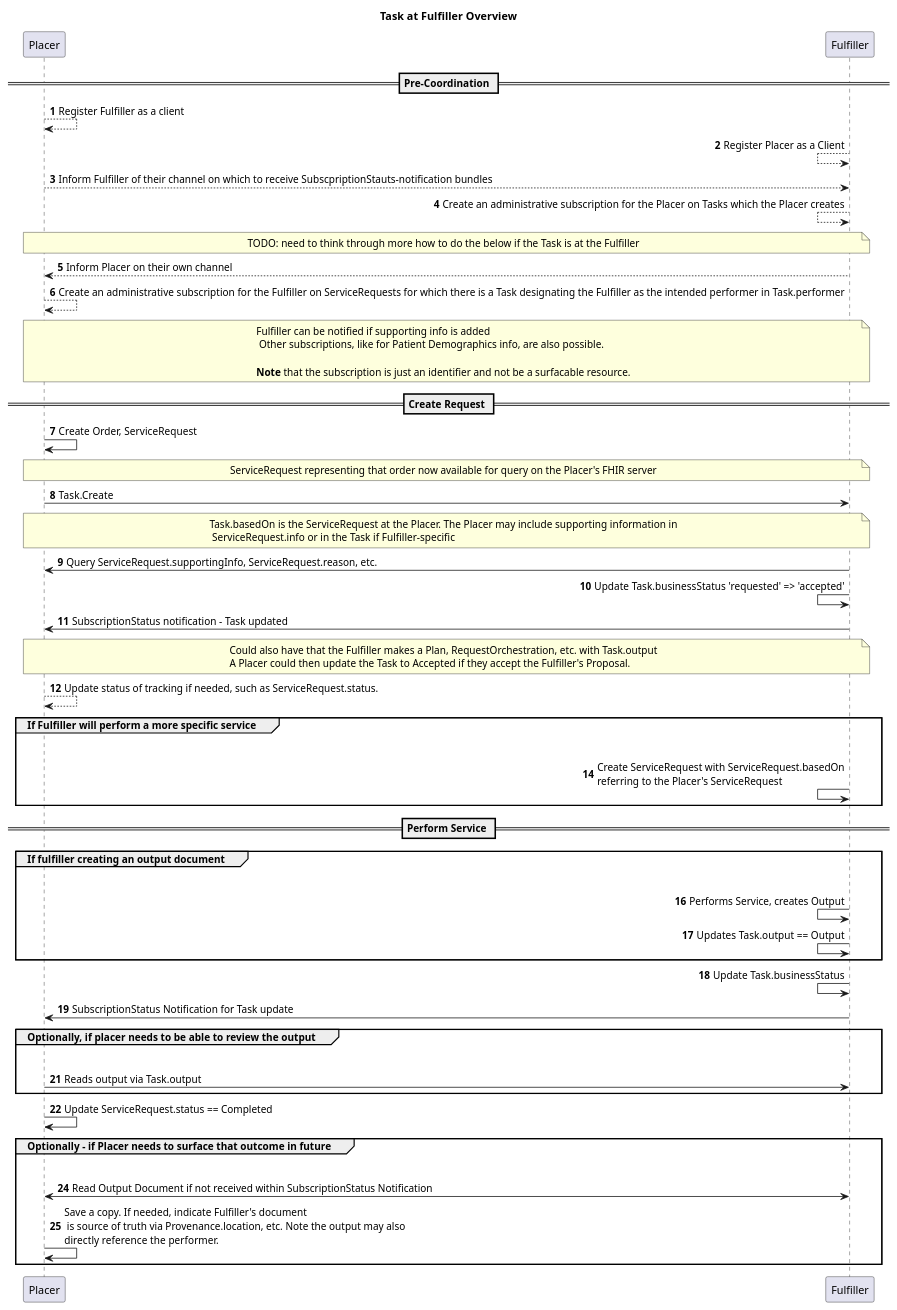
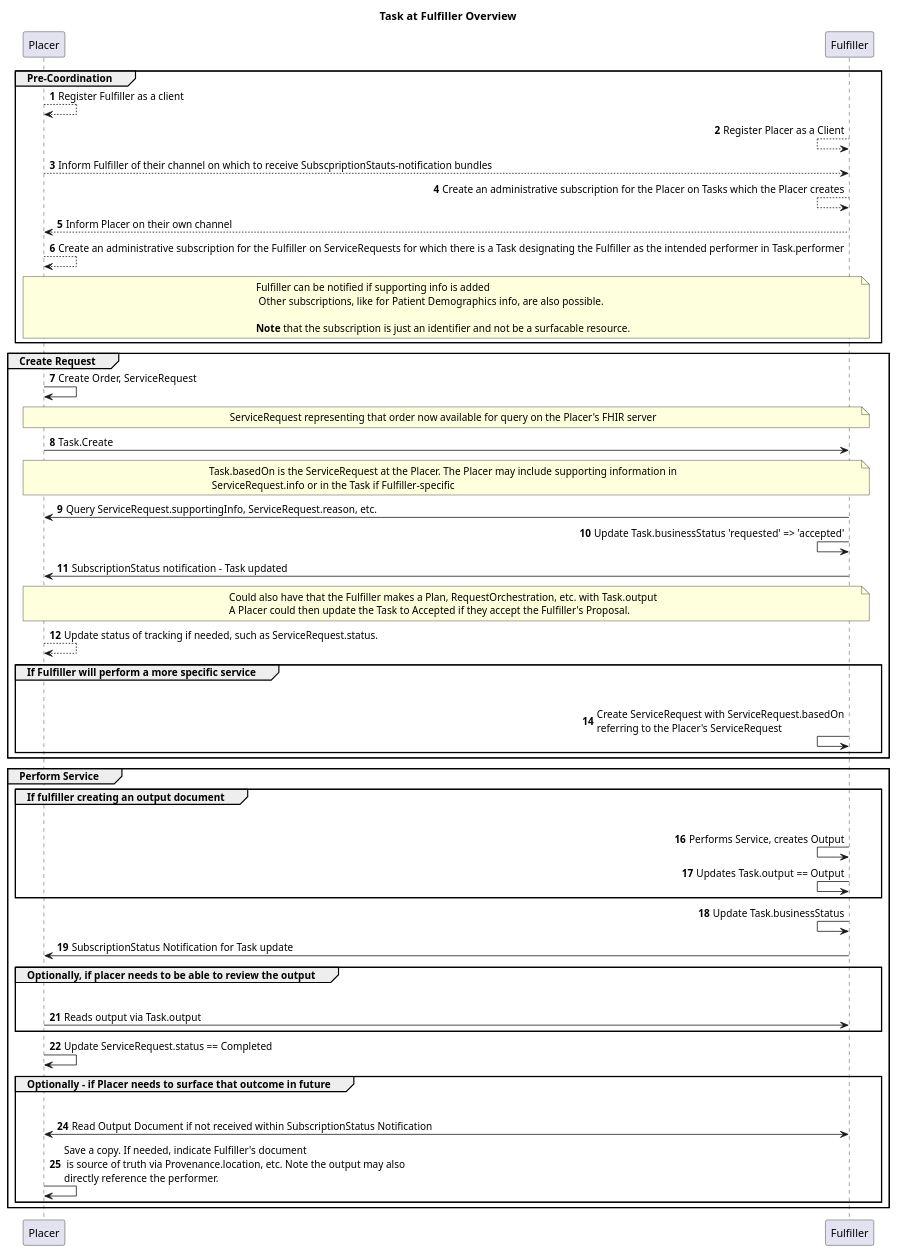
Before and after one commit to HL7/fhir-cow-ig: the diagram in input/images-source/subscriptions-general-example-task-at-fulfiller.plantuml, drawn with PlantUML.

Commit message:
Update subscriptions-general-example-task-at-fulfiller.plantuml
Removed To Do note and changed to Groups instead of Section dividers

```diff
--- a/input/images-source/subscriptions-general-example-task-at-fulfiller.plantuml
+++ b/input/images-source/subscriptions-general-example-task-at-fulfiller.plantuml
@@ -1,73 +1,74 @@
 @startuml
 title Task at Fulfiller Overview
 
 autonumber
 
-== Pre-Coordination ==
+group Pre-Coordination
 
 Placer --> Placer: Register Fulfiller as a client
 
 Fulfiller <-- Fulfiller: Register Placer as a Client
 
 Placer --> Fulfiller: Inform Fulfiller of their channel on which to receive SubscpriptionStauts-notification bundles
 
 Fulfiller <-- Fulfiller: Create an administrative subscription for the Placer on Tasks which the Placer creates 
 
-note over Placer, Fulfiller: TODO: need to think through more how to do the below if the Task is at the Fulfiller
 Fulfiller --> Placer: Inform Placer on their own channel
 
 Placer --> Placer: Create an administrative subscription for the Fulfiller on ServiceRequests for which there is a Task designating the Fulfiller as the intended performer in Task.performer
 
 note over Placer, Fulfiller: Fulfiller can be notified if supporting info is added\n Other subscriptions, like for Patient Demographics info, are also possible.\n\n**Note** that the subscription is just an identifier and not be a surfacable resource.
 
+end
+group Create Request
 
-== Create Request ==
 Placer -> Placer: Create Order, ServiceRequest
 
 note over Placer, Fulfiller: ServiceRequest representing that order now available for query on the Placer's FHIR server
 
 Placer -> Fulfiller: Task.Create
 
 note over Placer, Fulfiller: Task.basedOn is the ServiceRequest at the Placer. The Placer may include supporting information in\n ServiceRequest.info or in the Task if Fulfiller-specific
 
 Fulfiller -> Placer: Query ServiceRequest.supportingInfo, ServiceRequest.reason, etc.
 
 Fulfiller <- Fulfiller: Update Task.businessStatus 'requested' => 'accepted'
 
 Fulfiller -> Placer: SubscriptionStatus notification - Task updated
 
 note over Placer, Fulfiller: Could also have that the Fulfiller makes a Plan, RequestOrchestration, etc. with Task.output\nA Placer could then update the Task to Accepted if they accept the Fulfiller's Proposal.
 
 Placer --> Placer: Update status of tracking if needed, such as ServiceRequest.status. 
 
 group If Fulfiller will perform a more specific service
     Fulfiller -[hidden]> Placer:
     Fulfiller <- Fulfiller: Create ServiceRequest with ServiceRequest.basedOn\nreferring to the Placer's ServiceRequest
 end
-
-== Perform Service ==
+end
+group Perform Service
 
 group If fulfiller creating an output document
     Fulfiller -[hidden]> Placer:
     Fulfiller <- Fulfiller: Performs Service, creates Output
     Fulfiller <- Fulfiller: Updates Task.output == Output
 end
 
 Fulfiller <- Fulfiller: Update Task.businessStatus
 
 Fulfiller -> Placer: SubscriptionStatus Notification for Task update
 
 group Optionally, if placer needs to be able to review the output
     Fulfiller -[hidden]> Placer:
     Placer -> Fulfiller: Reads output via Task.output
 end
 
 Placer -> Placer: Update ServiceRequest.status == Completed
 
 group Optionally - if Placer needs to surface that outcome in future
     Fulfiller -[hidden]> Placer:
     Placer <-> Fulfiller: Read Output Document if not received within SubscriptionStatus Notification
     Placer -> Placer: Save a copy. If needed, indicate Fulfiller's document\n is source of truth via Provenance.location, etc. Note the output may also\ndirectly reference the performer.
    
 end
+end
 @enduml
```
